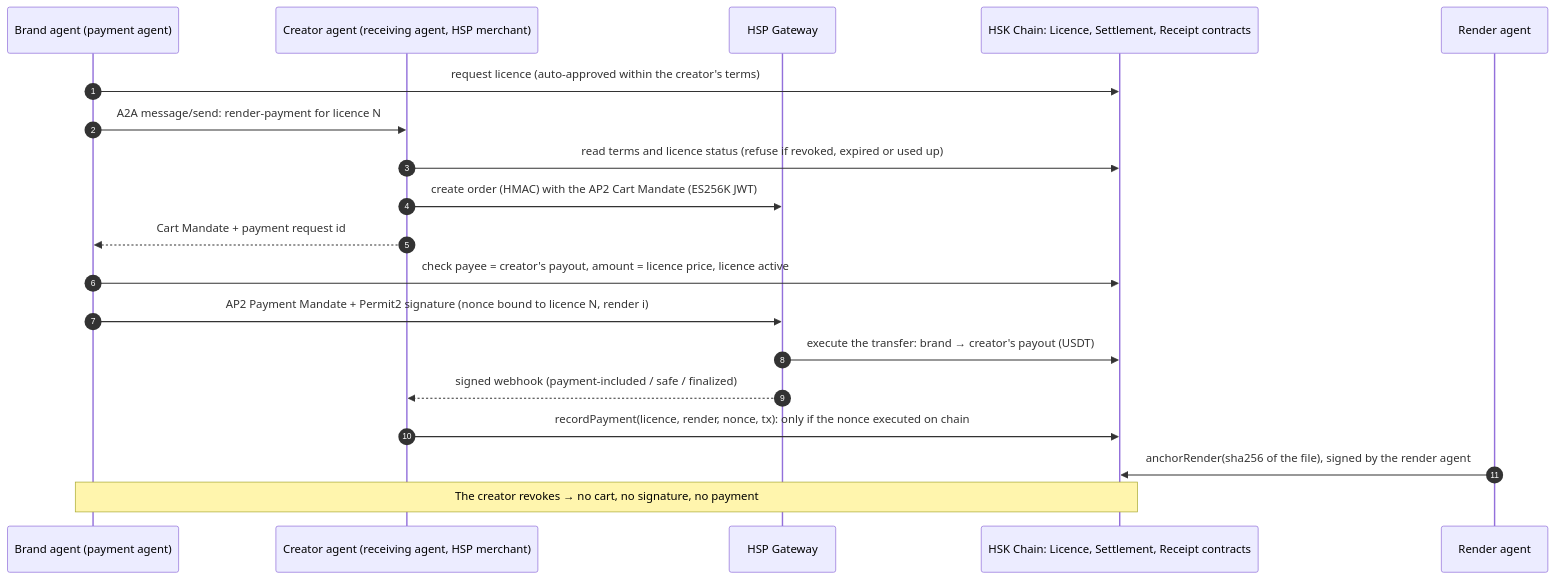
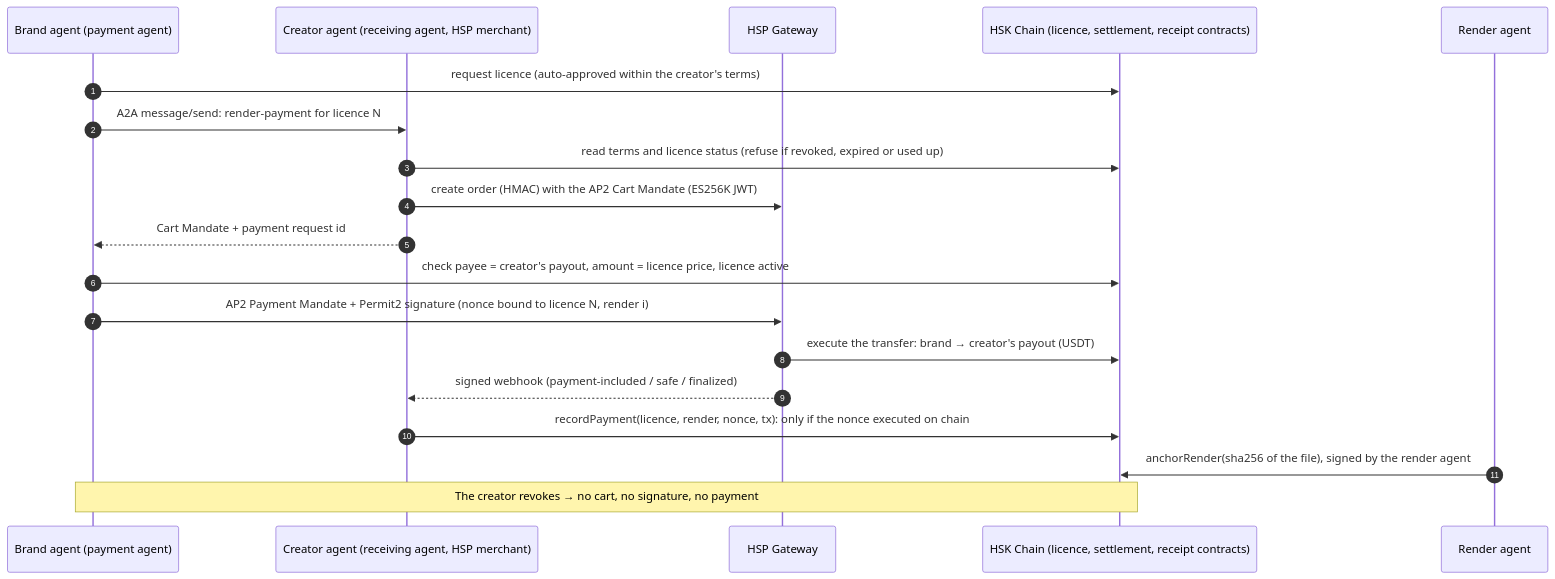
The diagram in README.md (rohitshukla11/likeness-hsk), drawn with Mermaid before and after one commit.

Commit message:
README: diagram participant name without a colon (safer for GitHub's Mermaid renderer)

````diff
--- a/README.md
+++ b/README.md
@@ -72,21 +72,21 @@
 ```mermaid
 sequenceDiagram
     autonumber
     participant B as Brand agent (payment agent)
     participant C as Creator agent (receiving agent, HSP merchant)
     participant H as HSP Gateway
-    participant S as HSK Chain: Licence, Settlement, Receipt contracts
+    participant S as HSK Chain (licence, settlement, receipt contracts)
     participant R as Render agent
     B->>S: request licence (auto-approved within the creator's terms)
     B->>C: A2A message/send: render-payment for licence N
     C->>S: read terms and licence status (refuse if revoked, expired or used up)
     C->>H: create order (HMAC) with the AP2 Cart Mandate (ES256K JWT)
     C-->>B: Cart Mandate + payment request id
     B->>S: check payee = creator's payout, amount = licence price, licence active
     B->>H: AP2 Payment Mandate + Permit2 signature (nonce bound to licence N, render i)
     H->>S: execute the transfer: brand → creator's payout (USDT)
     H-->>C: signed webhook (payment-included / safe / finalized)
     C->>S: recordPayment(licence, render, nonce, tx): only if the nonce executed on chain
     R->>S: anchorRender(sha256 of the file), signed by the render agent
     Note over B,S: The creator revokes → no cart, no signature, no payment
 ```
````
